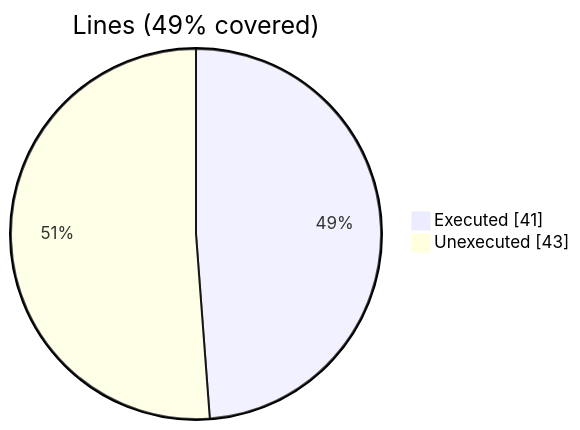
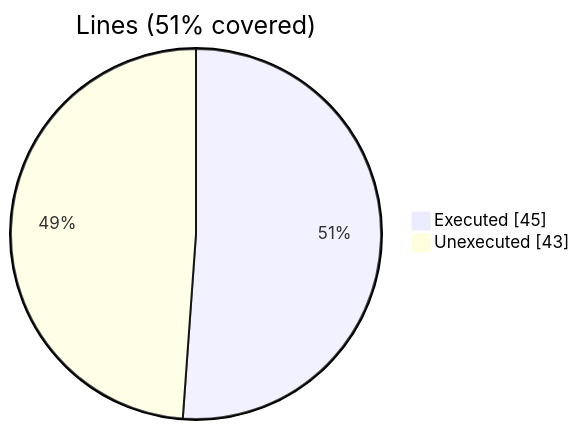
Before and after one commit to szaghi/FOSSIL: the first of 2 diagrams in docs/guide/fossil_aabb_node_object.f90.gcov.md, drawn with Mermaid. The commit also changed other lines of this file and 40 other files, not shown here.

````diff
--- a/docs/guide/fossil_aabb_node_object.f90.gcov.md
+++ b/docs/guide/fossil_aabb_node_object.f90.gcov.md
@@ -10,6 +10,6 @@
 ```mermaid
 pie showData
-    title Lines (49% covered)
-    "Executed" : 41
+    title Lines (51% covered)
+    "Executed" : 45
     "Unexecuted" : 43
 ```
````
